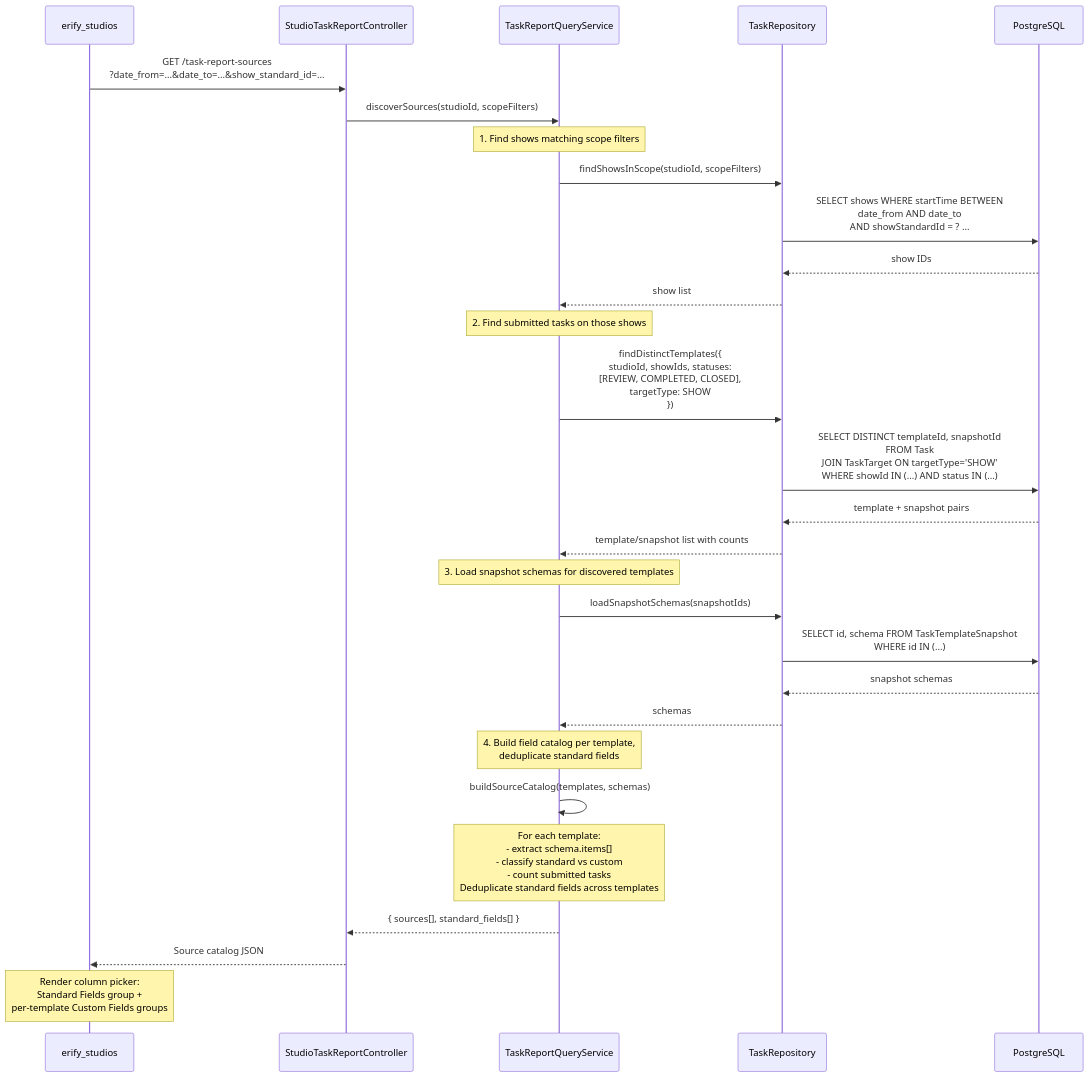
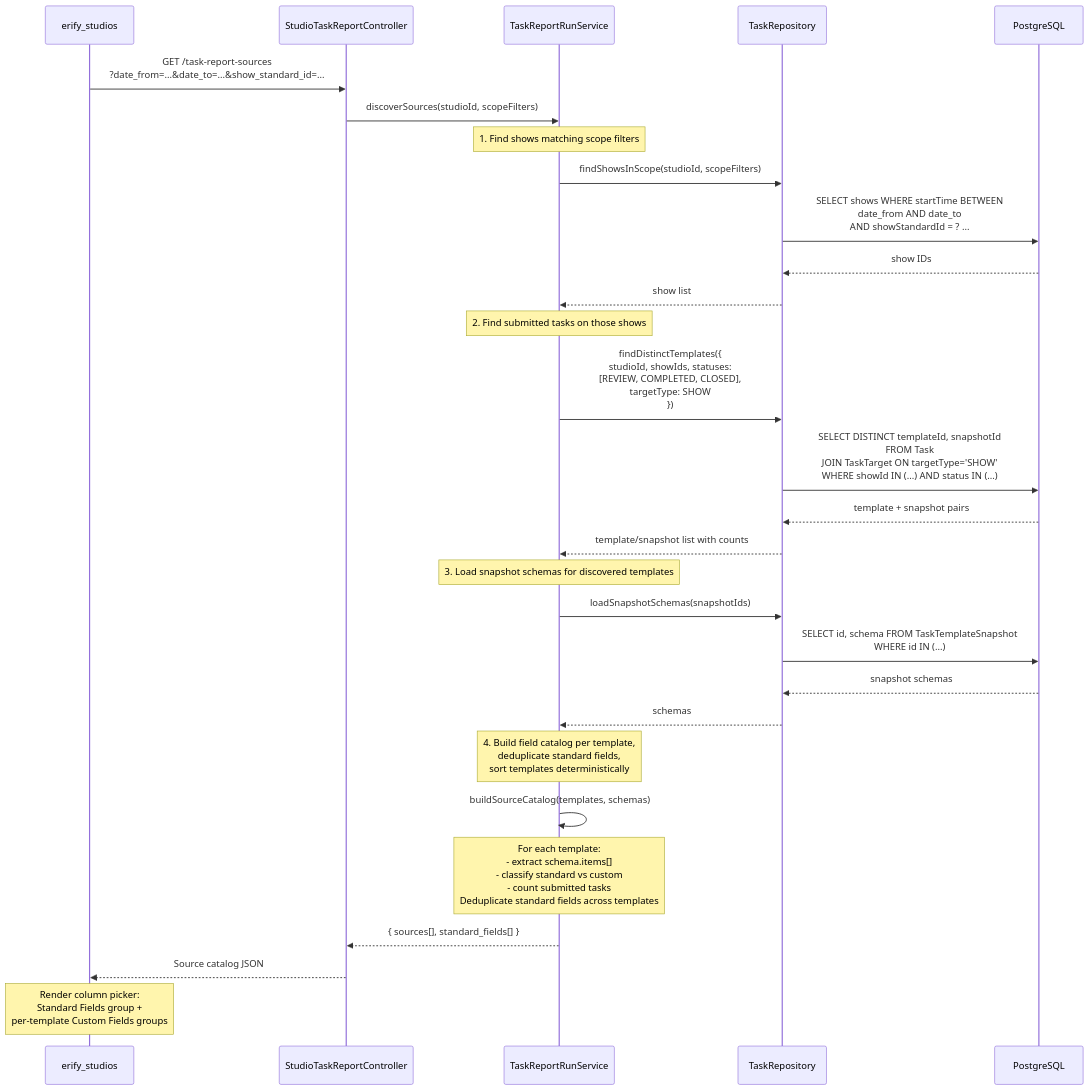
The second of 4 diagrams in apps/erify_api/docs/design/TASK_SUBMISSION_REPORTING_DESIGN.md (allenlin90/eridu-services), drawn with Mermaid before and after one commit. The commit also changed other lines of this file and 123 other files, not shown here.

````diff
--- a/apps/erify_api/docs/design/TASK_SUBMISSION_REPORTING_DESIGN.md
+++ b/apps/erify_api/docs/design/TASK_SUBMISSION_REPORTING_DESIGN.md
@@ -559,37 +584,37 @@
 ```mermaid
 sequenceDiagram
     participant FE as erify_studios
     participant Ctrl as StudioTaskReportController
-    participant QS as TaskReportQueryService
+    participant QS as TaskReportRunService
     participant TaskRepo as TaskRepository
     participant DB as PostgreSQL
 
     FE->>Ctrl: GET /task-report-sources<br/>?date_from=...&date_to=...&show_standard_id=...
     Ctrl->>QS: discoverSources(studioId, scopeFilters)
 
     Note over QS: 1. Find shows matching scope filters
     QS->>TaskRepo: findShowsInScope(studioId, scopeFilters)
     TaskRepo->>DB: SELECT shows WHERE startTime BETWEEN<br/>date_from AND date_to<br/>AND showStandardId = ? ...
     DB-->>TaskRepo: show IDs
     TaskRepo-->>QS: show list
 
     Note over QS: 2. Find submitted tasks on those shows
     QS->>TaskRepo: findDistinctTemplates({<br/>  studioId, showIds, statuses:<br/>  [REVIEW, COMPLETED, CLOSED],<br/>  targetType: SHOW<br/>})
     TaskRepo->>DB: SELECT DISTINCT templateId, snapshotId<br/>FROM Task<br/>JOIN TaskTarget ON targetType='SHOW'<br/>WHERE showId IN (...) AND status IN (...)
     DB-->>TaskRepo: template + snapshot pairs
     TaskRepo-->>QS: template/snapshot list with counts
 
     Note over QS: 3. Load snapshot schemas for discovered templates
     QS->>TaskRepo: loadSnapshotSchemas(snapshotIds)
     TaskRepo->>DB: SELECT id, schema FROM TaskTemplateSnapshot<br/>WHERE id IN (...)
     DB-->>TaskRepo: snapshot schemas
     TaskRepo-->>QS: schemas
 
-    Note over QS: 4. Build field catalog per template,<br/>deduplicate standard fields
+    Note over QS: 4. Build field catalog per template,<br/>deduplicate standard fields,<br/>sort templates deterministically
     QS->>QS: buildSourceCatalog(templates, schemas)
     Note over QS: For each template:<br/>- extract schema.items[]<br/>- classify standard vs custom<br/>- count submitted tasks<br/>Deduplicate standard fields across templates
 
     QS-->>Ctrl: { sources[], standard_fields[] }
     Ctrl-->>FE: Source catalog JSON
     Note over FE: Render column picker:<br/>Standard Fields group +<br/>per-template Custom Fields groups
 ```
````
